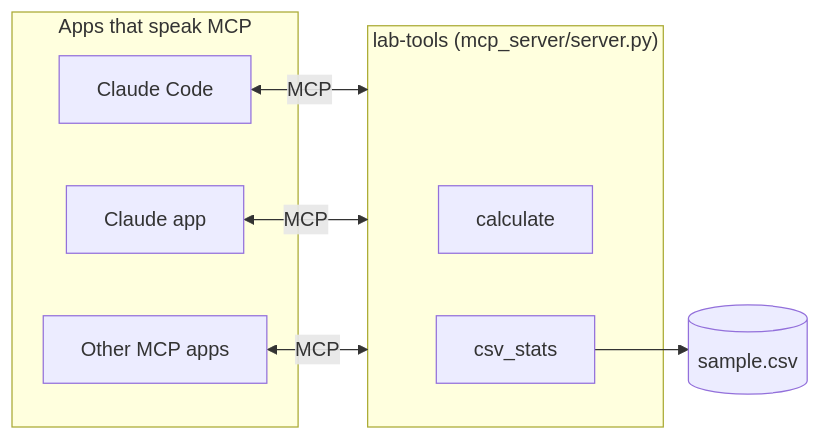
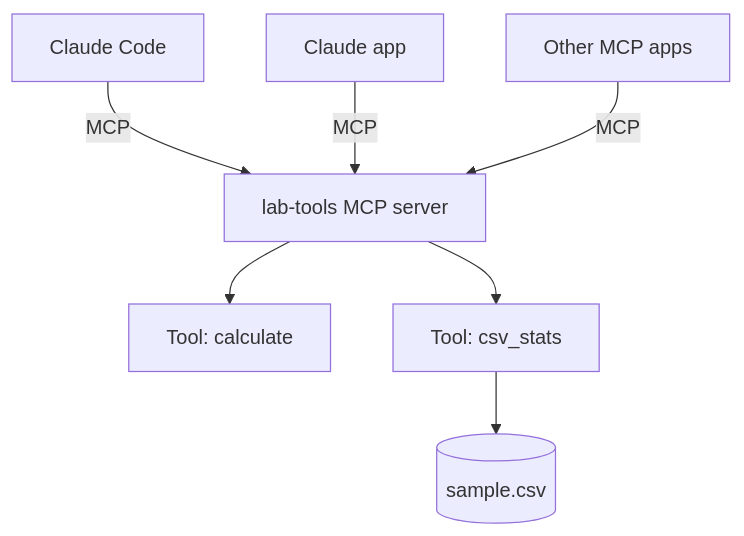
Before and after one commit to iportilla/agents: the sixth of 10 diagrams in docs/INTRO-TO-AGENTS.md, drawn with Mermaid. The commit also changed other lines of this file, not shown here.

First line of the commit message:
Make the intro guide's diagrams readable in Typora

````diff
--- a/docs/INTRO-TO-AGENTS.md
+++ b/docs/INTRO-TO-AGENTS.md
@@ -239,16 +240,9 @@
 ```mermaid
-flowchart LR
-    subgraph Apps["Apps that speak MCP"]
-        CC["Claude Code"]
-        CA["Claude app"]
-        O["Other MCP apps"]
-    end
-    subgraph Server["lab-tools (mcp_server/server.py)"]
-        T1["calculate"]
-        T2["csv_stats"]
-    end
-    CC <-->|MCP| Server
-    CA <-->|MCP| Server
-    O <-->|MCP| Server
+flowchart TD
+    CC["Claude Code"] -->|MCP| S["lab-tools MCP server"]
+    CA["Claude app"] -->|MCP| S
+    O["Other MCP apps"] -->|MCP| S
+    S --> T1["Tool: calculate"]
+    S --> T2["Tool: csv_stats"]
     T2 --> CSV[("sample.csv")]
 ```
````
